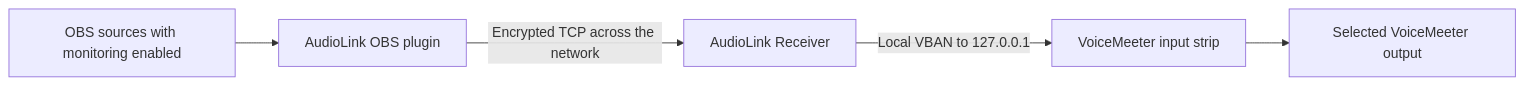
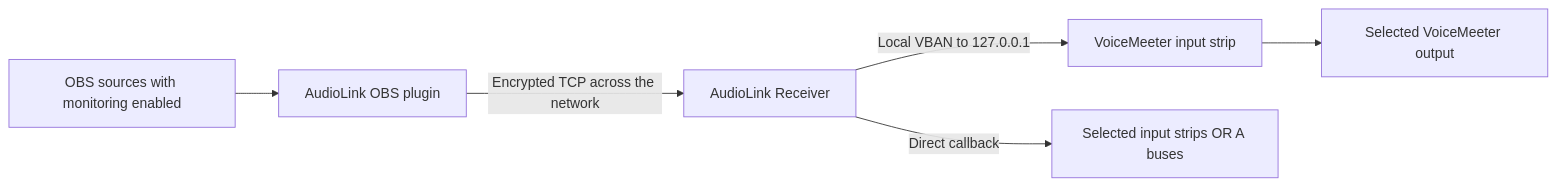
One commit to torment78/Elka.AudioLink changed the diagram in README.md. Above: the diagram before and after it, drawn with Mermaid. The commit also changed other lines of this file and 29 other files, not shown here.

Commit message:
Add direct VoiceMeeter callback destinations to receiver

````diff
--- a/README.md
+++ b/README.md
@@ -18,7 +22,8 @@
 ```mermaid
 flowchart LR
     A[OBS sources with monitoring enabled] --> B[AudioLink OBS plugin]
     B -->|Encrypted TCP across the network| C[AudioLink Receiver]
     C -->|Local VBAN to 127.0.0.1| D[VoiceMeeter input strip]
+    C -->|Direct callback| F[Selected input strips OR A buses]
     D --> E[Selected VoiceMeeter output]
 ```
````
